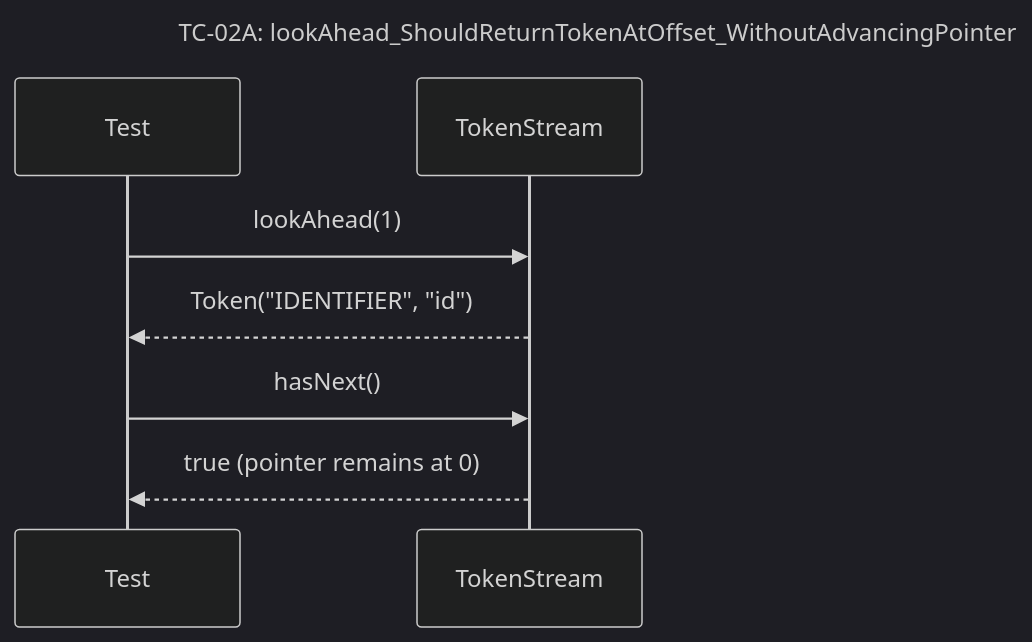
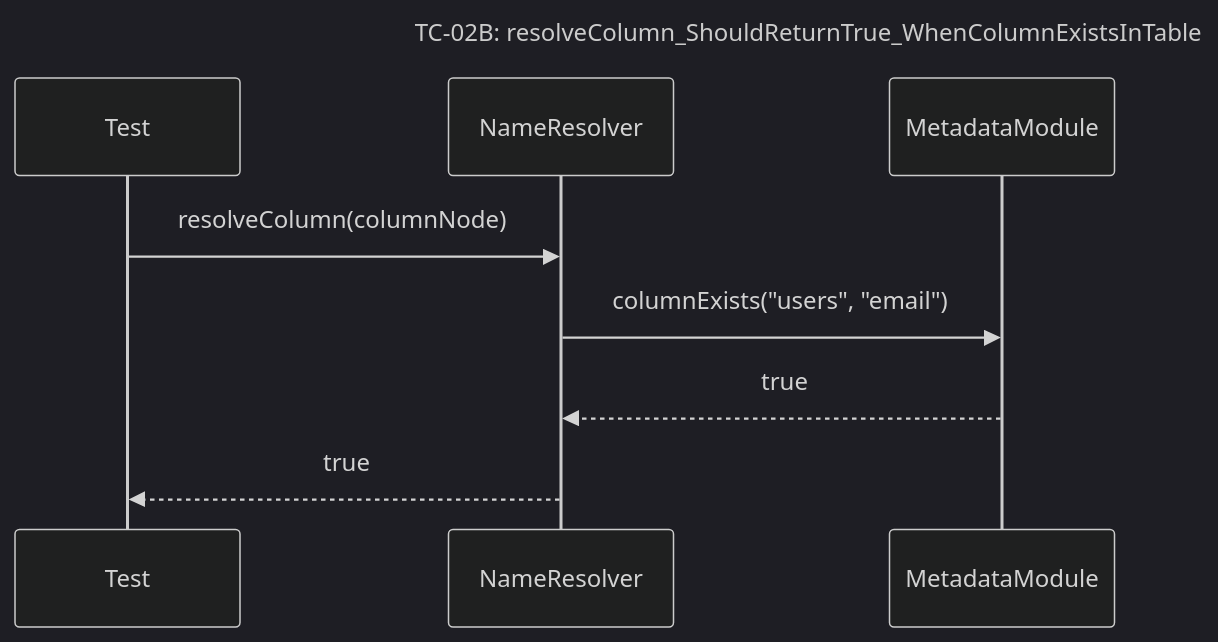
The eighth of 30 diagrams in docs/unit_test/query_prossor/SequeceTestCase.md (Dikhang1112/Database_Management_BBV), drawn with Mermaid (dark theme) before and after one commit. The commit also changed other lines of this file and 2 other files, not shown here.

Commit message:
Add unit test for senetic analysis

````diff
--- a/docs/unit_test/query_prossor/SequeceTestCase.md
+++ b/docs/unit_test/query_prossor/SequeceTestCase.md
@@ -103,11 +123,12 @@
 ```mermaid
 sequenceDiagram
-    title TC-02A: lookAhead_ShouldReturnTokenAtOffset_WithoutAdvancingPointer
+    title TC-02B: resolveColumn_ShouldReturnTrue_WhenColumnExistsInTable
     participant Test
-    participant TokenStream
+    participant NameResolver
+    participant MetadataModule
 
-    Test->>TokenStream: lookAhead(1)
-    TokenStream-->>Test: Token("IDENTIFIER", "id")
-    Test->>TokenStream: hasNext()
-    TokenStream-->>Test: true (pointer remains at 0)
+    Test->>NameResolver: resolveColumn(columnNode)
+    NameResolver->>MetadataModule: columnExists("users", "email")
+    MetadataModule-->>NameResolver: true
+    NameResolver-->>Test: true
 ```
````
